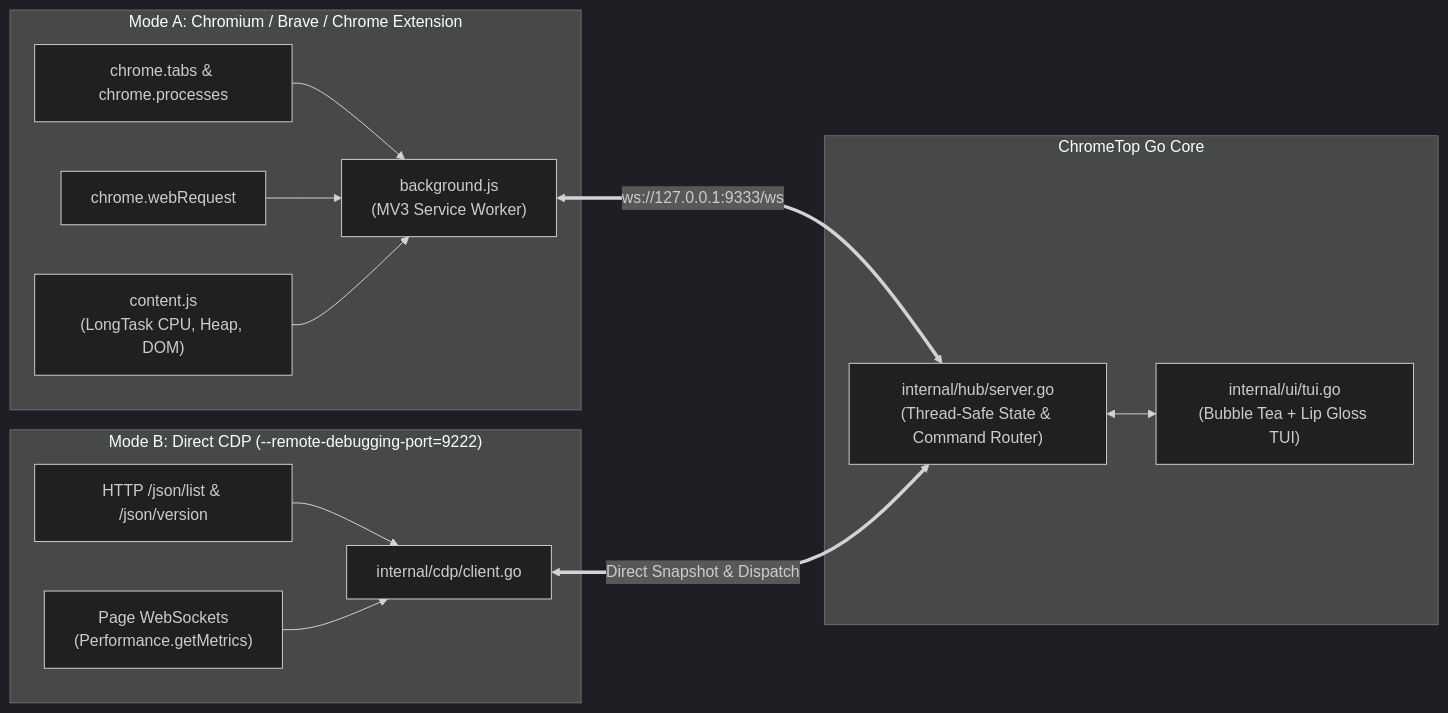
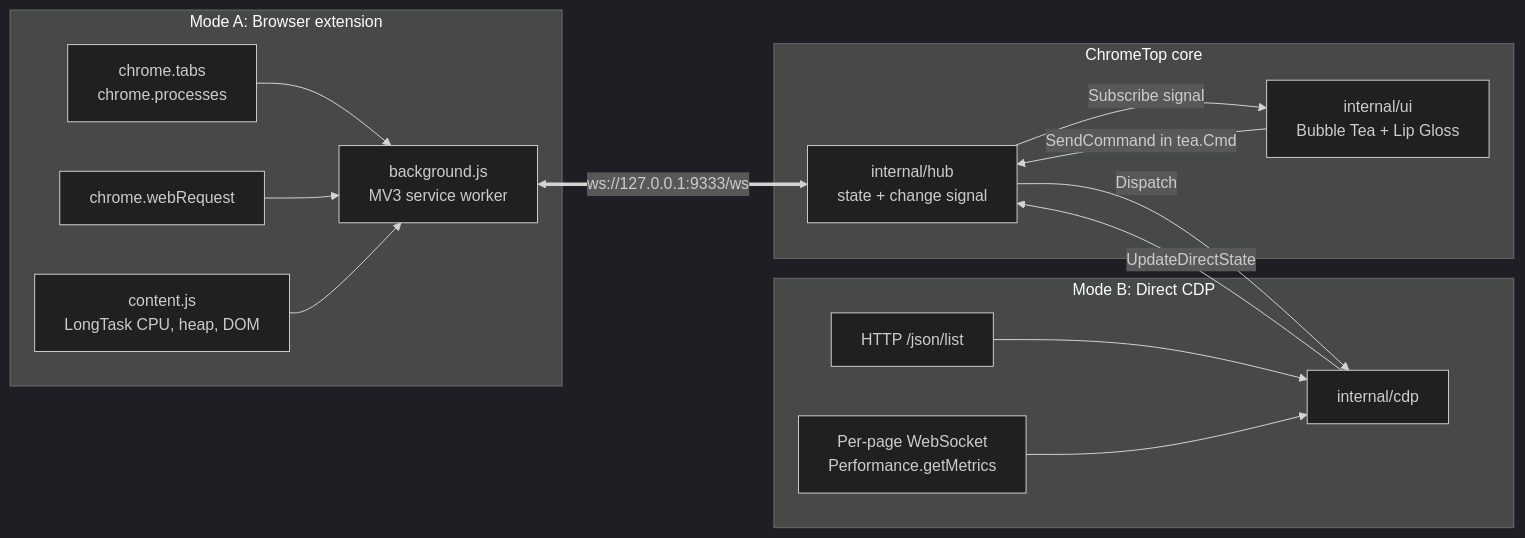
Before and after one commit to cumulus13/chrometop: the first of 7 diagrams in ARCHITECTURE.md, drawn with Mermaid (dark theme). The commit also changed other lines of this file and 28 other files, not shown here.

````diff
--- a/ARCHITECTURE.md
+++ b/ARCHITECTURE.md
@@ -11,37 +7,31 @@
 ```mermaid
 flowchart LR
-    subgraph ExtMode["Mode A: Chromium / Brave / Chrome Extension"]
-        TabsAPI["chrome.tabs & chrome.processes"]
+    subgraph ExtMode["Mode A: Browser extension"]
+        TabsAPI["chrome.tabs<br/>chrome.processes"]
         WebReq["chrome.webRequest"]
-        CS["content.js
-(LongTask CPU, Heap, DOM)"]
-        SW["background.js
-(MV3 Service Worker)"]
-
+        CS["content.js<br/>LongTask CPU, heap, DOM"]
+        SW["background.js<br/>MV3 service worker"]
         TabsAPI --> SW
         WebReq --> SW
         CS --> SW
     end
 
-    subgraph CDPMode["Mode B: Direct CDP (--remote-debugging-port=9222)"]
-        JSONList["HTTP /json/list & /json/version"]
-        PageWS["Page WebSockets
-(Performance.getMetrics)"]
-        CDPClient["internal/cdp/client.go"]
-
+    subgraph CDPMode["Mode B: Direct CDP"]
+        JSONList["HTTP /json/list"]
+        PageWS["Per-page WebSocket<br/>Performance.getMetrics"]
+        CDPClient["internal/cdp"]
         JSONList --> CDPClient
         PageWS --> CDPClient
     end
 
-    subgraph GoCore["ChromeTop Go Core"]
-        HUB["internal/hub/server.go
-(Thread-Safe State & Command Router)"]
-        TUI["internal/ui/tui.go
-(Bubble Tea + Lip Gloss TUI)"]
-
-        HUB <--> TUI
+    subgraph Core["ChromeTop core"]
+        HUB["internal/hub<br/>state + change signal"]
+        TUI["internal/ui<br/>Bubble Tea + Lip Gloss"]
+        HUB -- "Subscribe signal" --> TUI
+        TUI -- "SendCommand in tea.Cmd" --> HUB
     end
 
-    SW <==>|"ws://127.0.0.1:9333/ws"| HUB
-    CDPClient <==>|"Direct Snapshot & Dispatch"| HUB
+    SW <== "ws://127.0.0.1:9333/ws" ==> HUB
+    CDPClient -- "UpdateDirectState" --> HUB
+    HUB -- "Dispatch" --> CDPClient
 ```
````
